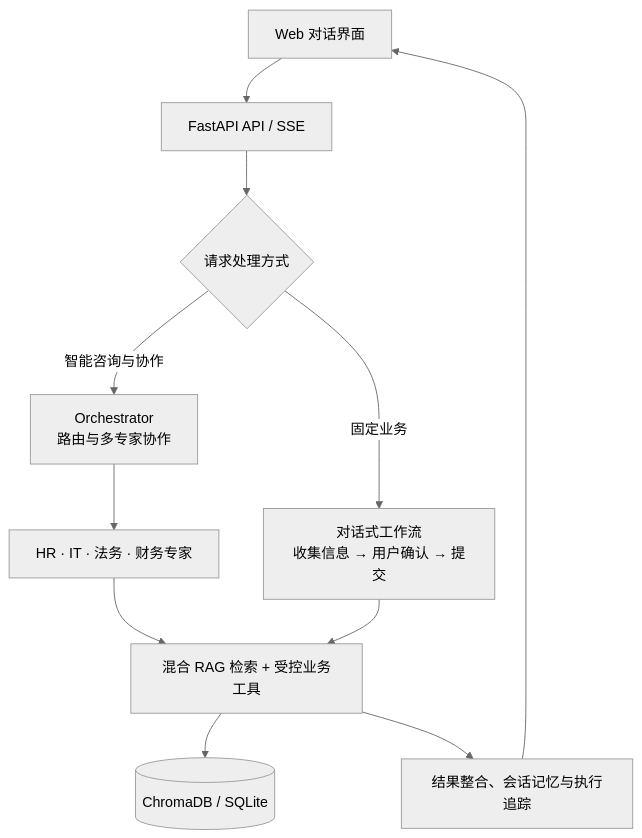
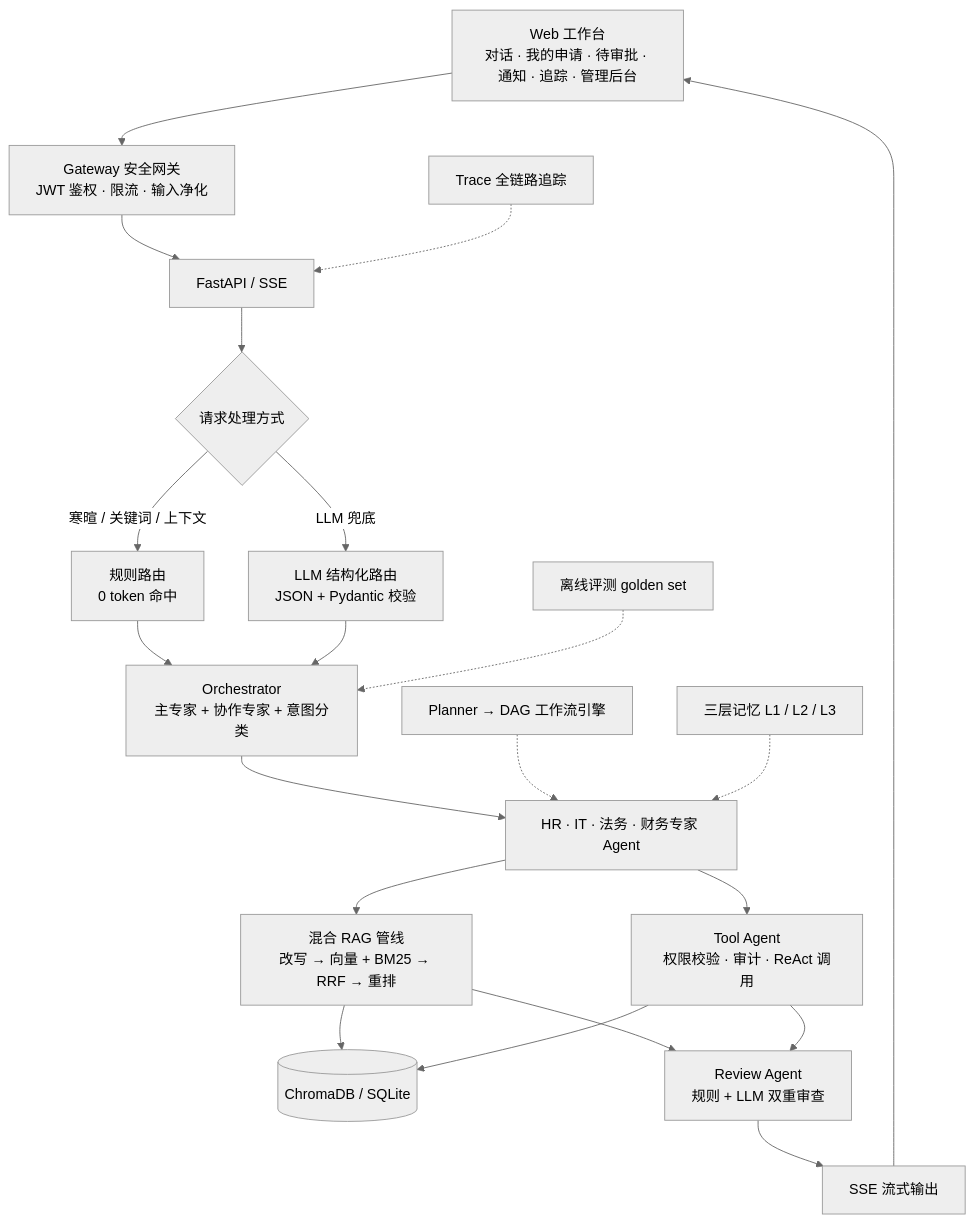
One commit to democt-ct/enterprise-ai-assistant changed the diagram in README.md. Above: the diagram before and after it, drawn with Mermaid (neutral theme). The commit also changed other lines of this file, not shown here.

````diff
--- a/README.md
+++ b/README.md
@@ -27,16 +31,26 @@
 ```mermaid
 flowchart TB
-    UI[Web 对话界面] --> API[FastAPI API / SSE]
-    API --> Core{请求处理方式}
+    UI["Web 工作台<br/>对话 · 我的申请 · 待审批 · 通知 · 追踪 · 管理后台"] --> GW["Gateway 安全网关<br/>JWT 鉴权 · 限流 · 输入净化"]
+    GW --> API["FastAPI / SSE"]
 
-    Core -->|固定业务| Workflow[对话式工作流<br/>收集信息 → 用户确认 → 提交]
-    Core -->|智能咨询与协作| Router[Orchestrator<br/>路由与多专家协作]
+    API --> Core{"请求处理方式"}
+    Core -->|"寒暄 / 关键词 / 上下文"| Quick["规则路由<br/>0 token 命中"]
+    Core -->|"LLM 兜底"| LLMRoute["LLM 结构化路由<br/>JSON + Pydantic 校验"]
+    Quick --> Router["Orchestrator<br/>主专家 + 协作专家 + 意图分类"]
+    LLMRoute --> Router
 
-    Router --> Experts[HR · IT · 法务 · 财务专家]
-    Experts --> Capability[混合 RAG 检索 + 受控业务工具]
-    Workflow --> Capability
+    Router --> Experts["HR · IT · 法务 · 财务专家 Agent"]
+    Experts --> RAG["混合 RAG 管线<br/>改写 → 向量 + BM25 → RRF → 重排"]
+    Experts --> Tools["Tool Agent<br/>权限校验 · 审计 · ReAct 调用"]
+    RAG --> Data[("ChromaDB / SQLite")]
+    Tools --> Data
+    RAG --> Review["Review Agent<br/>规则 + LLM 双重审查"]
+    Tools --> Review
+    Review --> SSE["SSE 流式输出"]
+    SSE --> UI
 
-    Capability --> Data[(ChromaDB / SQLite)]
-    Capability --> Result[结果整合、会话记忆与执行追踪]
-    Result --> UI
+    Planner["Planner → DAG 工作流引擎"] -.-> Experts
+    Memory["三层记忆 L1 / L2 / L3"] -.-> Experts
+    Trace["Trace 全链路追踪"] -.-> API
+    Eval["离线评测 golden set"] -.-> Router
 ```
````
